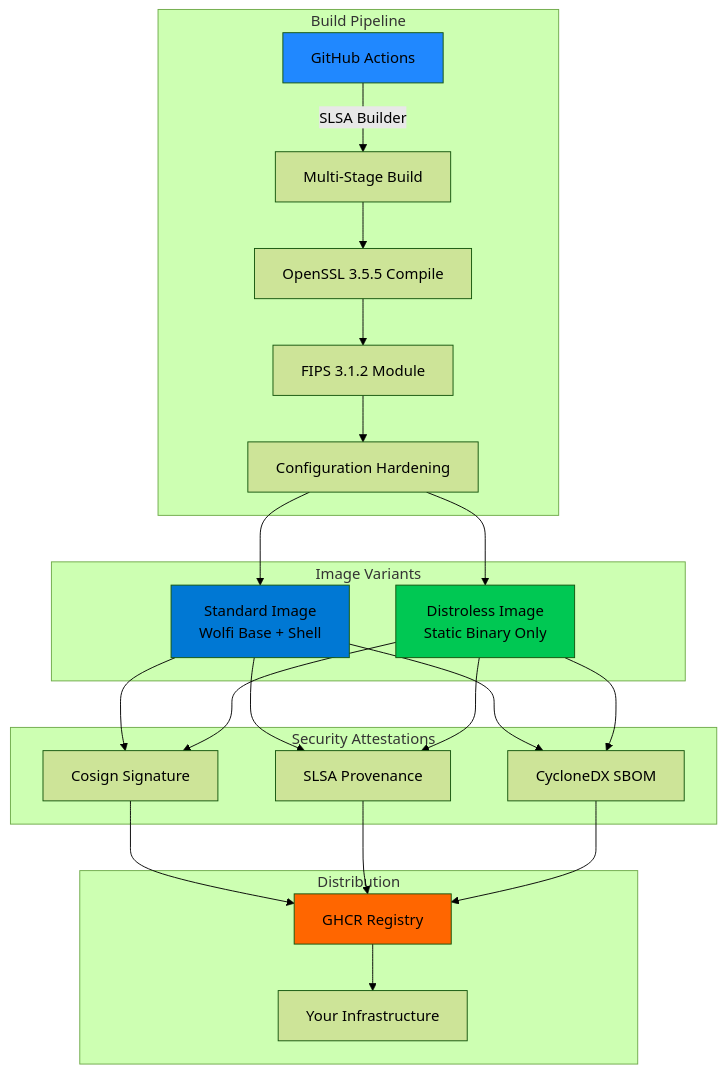
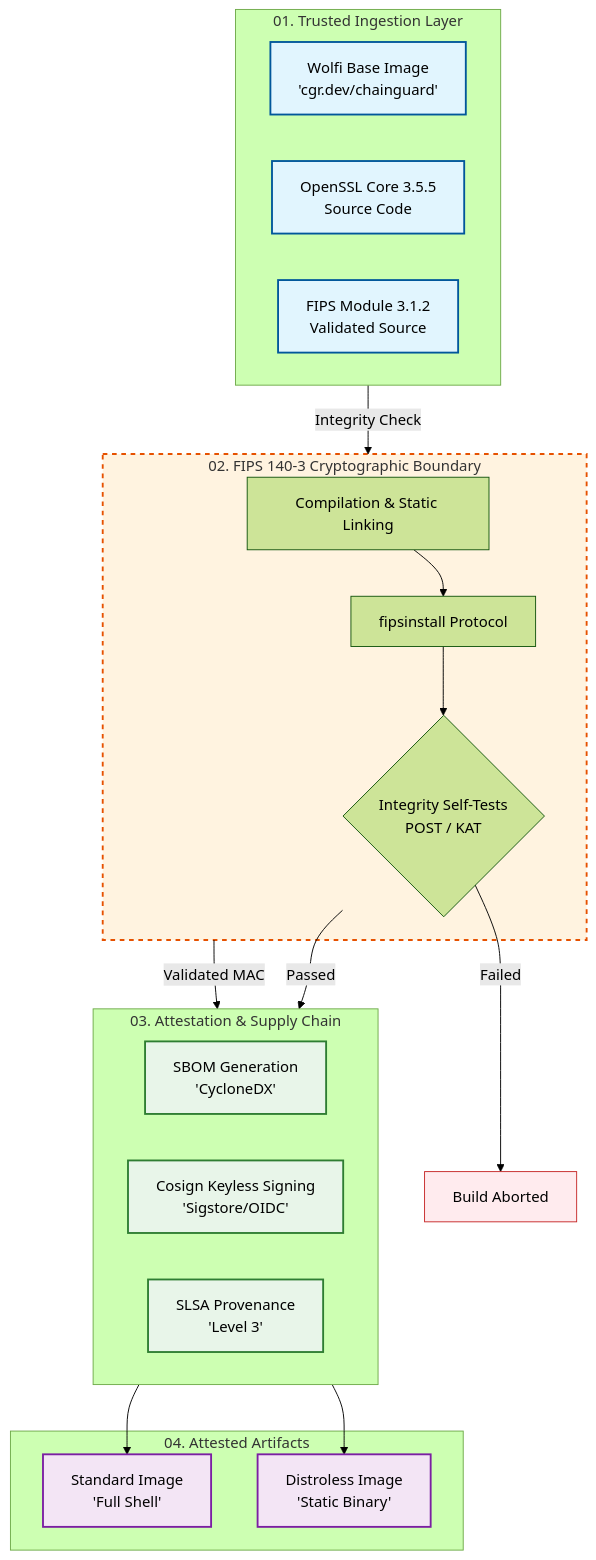
One commit to taha2samy/openssl_fips changed the diagram in README.md. Above: the diagram before and after it, drawn with Mermaid (forest theme). The commit also changed other lines of this file and 43 other files, not shown here.

````diff
--- a/README.md
+++ b/README.md
@@ -180,35 +65,46 @@
 ```mermaid
-graph TB
-    subgraph "Build Pipeline"
-        A[GitHub Actions] -->|SLSA Builder| B[Multi-Stage Build]
-        B --> C[OpenSSL 3.5.5 Compile]
-        C --> D[FIPS 3.1.2 Module]
-        D --> E[Configuration Hardening]
+graph TD
+    %% Global Styles
+    classDef trusted fill:#e1f5fe,stroke:#01579b,stroke-width:2px;
+    classDef boundary fill:#fff3e0,stroke:#e65100,stroke-width:2px,stroke-dasharray: 5 5;
+    classDef attest fill:#e8f5e9,stroke:#2e7d32,stroke-width:2px;
+    classDef artifact fill:#f3e5f5,stroke:#7b1fa2,stroke-width:2px;
+
+    subgraph Pipeline ["01. Trusted Ingestion Layer"]
+        A[Wolfi Base Image<br/>'cgr.dev/chainguard']:::trusted
+        B[OpenSSL Core 3.5.5<br/>Source Code]:::trusted
+        C[FIPS Module 3.1.2<br/>Validated Source]:::trusted
     end
-    
-    subgraph "Image Variants"
-        E --> F[Standard Image<br/>Wolfi Base + Shell]
-        E --> G[Distroless Image<br/>Static Binary Only]
+
+    subgraph FIPS_Boundary ["02. FIPS 140-3 Cryptographic Boundary"]
+        D[Compilation & Static Linking]
+        E[fipsinstall Protocol]
+        F{Integrity Self-Tests<br/>POST / KAT}
+        
+        D --> E
+        E --> F
     end
-    
-    subgraph "Security Attestations"
-        F --> H[Cosign Signature]
-        G --> H
-        F --> I[SLSA Provenance]
-        G --> I
-        F --> J[CycloneDX SBOM]
-        G --> J
+
+    subgraph Security_Audit ["03. Attestation & Supply Chain"]
+        G[SBOM Generation<br/>'CycloneDX']:::attest
+        H[Cosign Keyless Signing<br/>'Sigstore/OIDC']:::attest
+        I[SLSA Provenance<br/>'Level 3']:::attest
     end
-    
-    subgraph "Distribution"
-        H --> K[GHCR Registry]
-        I --> K
-        J --> K
-        K --> L[Your Infrastructure]
+
+    subgraph Artifacts ["04. Attested Artifacts"]
+        J[Standard Image<br/>'Full Shell']:::artifact
+        K[Distroless Image<br/>'Static Binary']:::artifact
     end
-    
-    style A fill:#2088FF
-    style F fill:#0078D4
-    style G fill:#00C853
-    style K fill:#FF6600
+
+    %% Connections
+    Pipeline -->|Integrity Check| FIPS_Boundary
+    FIPS_Boundary -->|Validated MAC| Security_Audit
+    Security_Audit --> J
+    Security_Audit --> K
+
+    %% Styling Labels
+    F -- Passed --> Security_Audit
+    F -- Failed --> L[Build Aborted]
+    style L fill:#ffebee,stroke:#c62828
+    class FIPS_Boundary boundary
 ```
````
